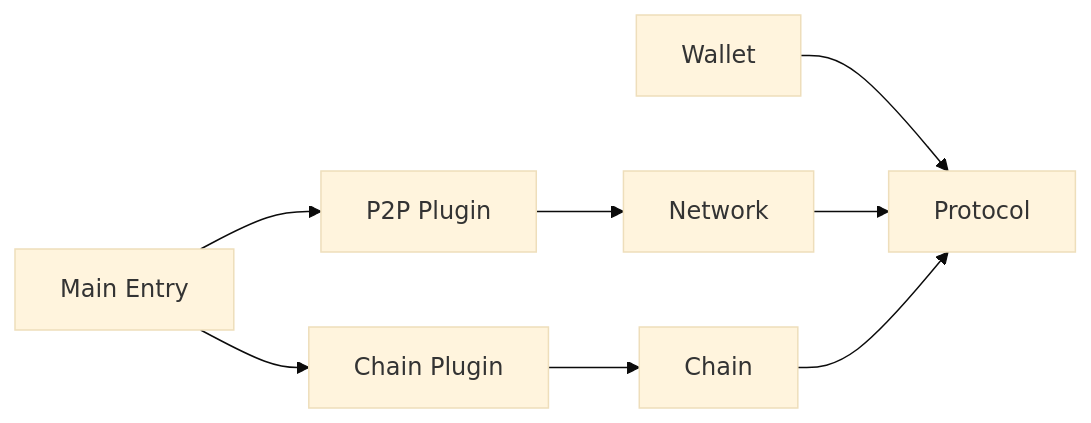
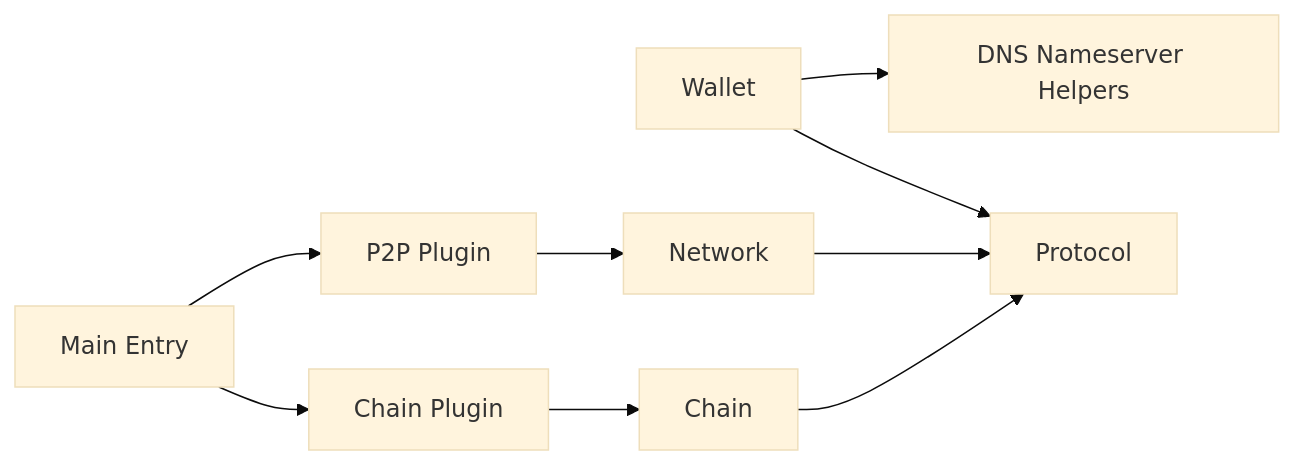
The tenth of 10 diagrams in .qoder/repowiki/en/content/Core Libraries.md (VIZ-Blockchain/viz-cpp-node), drawn with Mermaid (base theme) before and after one commit. The commit also changed other lines of this file and 9 other files, not shown here.

````diff
--- a/.qoder/repowiki/en/content/Core Libraries.md
+++ b/.qoder/repowiki/en/content/Core Libraries.md
@@ -511,10 +653,11 @@
 ```mermaid
 graph LR
 WALLET["Wallet"] --> PROTO["Protocol"]
+WALLET --> DNS_HELPERS["DNS Nameserver Helpers"]
 NET["Network"] --> PROTO
 CHAIN["Chain"] --> PROTO
 PL_P2P["P2P Plugin"] --> NET
 PL_CHAIN["Chain Plugin"] --> CHAIN
 MAIN["Main Entry"] --> PL_CHAIN
 MAIN --> PL_P2P
 ```
````
